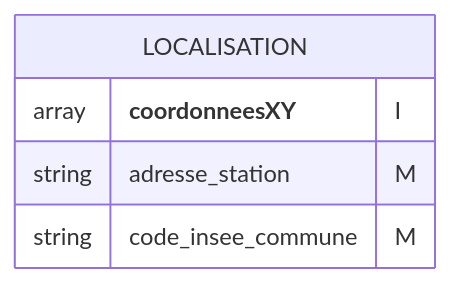
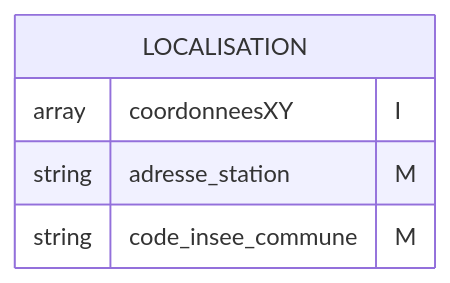
Before and after one commit to MTES-MCT/qualicharge: diagram 11 of 16 in docs/modele.md, drawn with Mermaid. The commit also changed other lines of this file, not shown here.

Commit message:
remove MD into mermais diagram

````diff
--- a/docs/modele.md
+++ b/docs/modele.md
@@ -247,8 +247,8 @@
 ```mermaid
 erDiagram
 LOCALISATION {
-  array   **coordonneesXY** "I"
+  array   coordonneesXY "I"
   string  adresse_station "M"
   string  code_insee_commune "M"
   }
 ```
````
